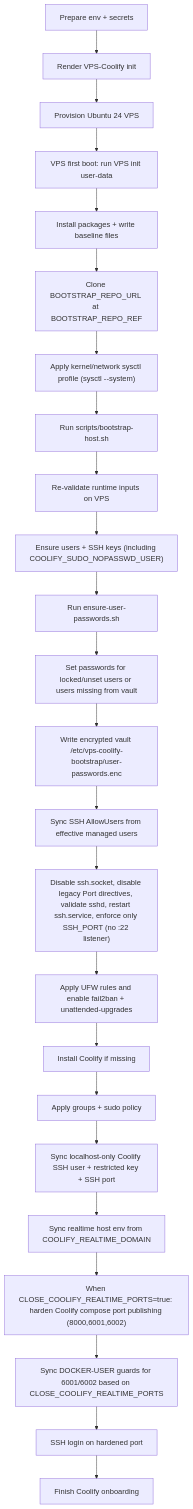
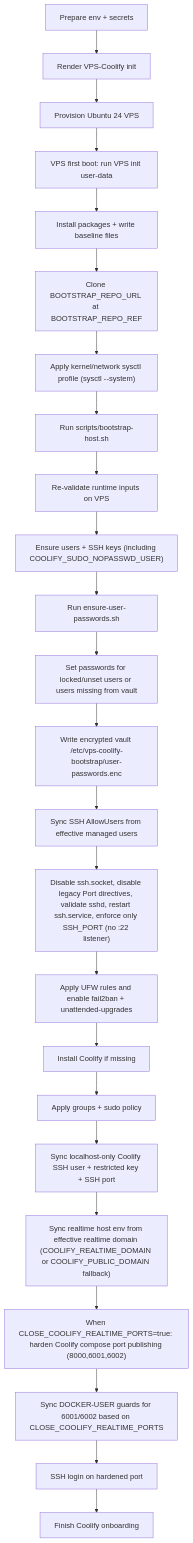
One commit to rigu/vps-coolify-bootstrap changed the diagram in docs/bootstrap-flow.md. Above: the diagram before and after it, drawn with Mermaid. The commit also changed other lines of this file and 12 other files, not shown here.

Commit message:
feat(realtime): fallback to COOLIFY_PUBLIC_DOMAIN in closed mode

````diff
--- a/docs/bootstrap-flow.md
+++ b/docs/bootstrap-flow.md
@@ -28,26 +28,26 @@
 ```mermaid
 flowchart TD
   A["Prepare env + secrets"] --> B["Render VPS-Coolify init"]
   B --> C["Provision Ubuntu 24 VPS"]
   C --> D["VPS first boot: run VPS init user-data"]
   D --> E["Install packages + write baseline files"]
   E --> F["Clone BOOTSTRAP_REPO_URL at BOOTSTRAP_REPO_REF"]
   F --> G["Apply kernel/network sysctl profile (sysctl --system)"]
   G --> H["Run scripts/bootstrap-host.sh"]
   H --> H1["Re-validate runtime inputs on VPS"]
   H1 --> I["Ensure users + SSH keys (including COOLIFY_SUDO_NOPASSWD_USER)"]
   I --> J["Run ensure-user-passwords.sh"]
   J --> K["Set passwords for locked/unset users or users missing from vault"]
   K --> L["Write encrypted vault /etc/vps-coolify-bootstrap/user-passwords.enc"]
   L --> M["Sync SSH AllowUsers from effective managed users"]
   M --> N["Disable ssh.socket, disable legacy Port directives, validate sshd, restart ssh.service, enforce only SSH_PORT (no :22 listener)"]
   N --> O["Apply UFW rules and enable fail2ban + unattended-upgrades"]
   O --> P["Install Coolify if missing"]
   P --> R["Apply groups + sudo policy"]
   R --> Q["Sync localhost-only Coolify SSH user + restricted key + SSH port"]
-  Q --> Q1["Sync realtime host env from COOLIFY_REALTIME_DOMAIN"]
+  Q --> Q1["Sync realtime host env from effective realtime domain (COOLIFY_REALTIME_DOMAIN or COOLIFY_PUBLIC_DOMAIN fallback)"]
   Q1 --> Q2["When CLOSE_COOLIFY_REALTIME_PORTS=true: harden Coolify compose port publishing (8000,6001,6002)"]
   Q2 --> S["Sync DOCKER-USER guards for 6001/6002 based on CLOSE_COOLIFY_REALTIME_PORTS"]
   S --> T["SSH login on hardened port"]
   T --> U["Finish Coolify onboarding"]
 ```
````
